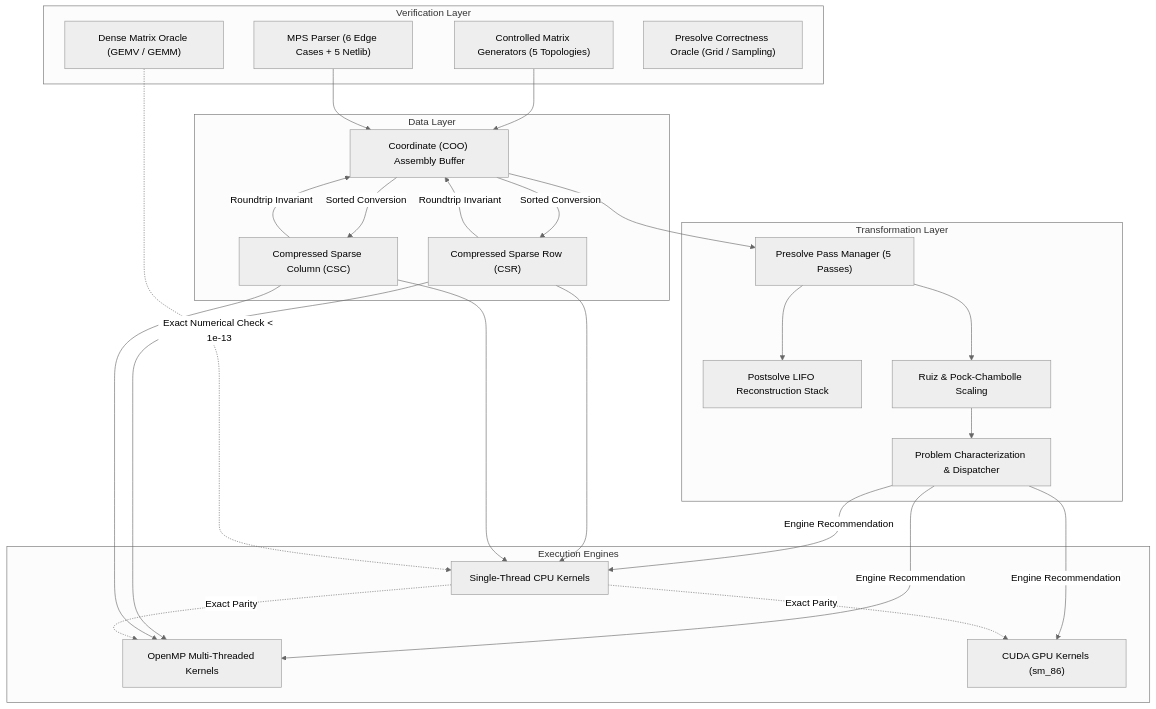
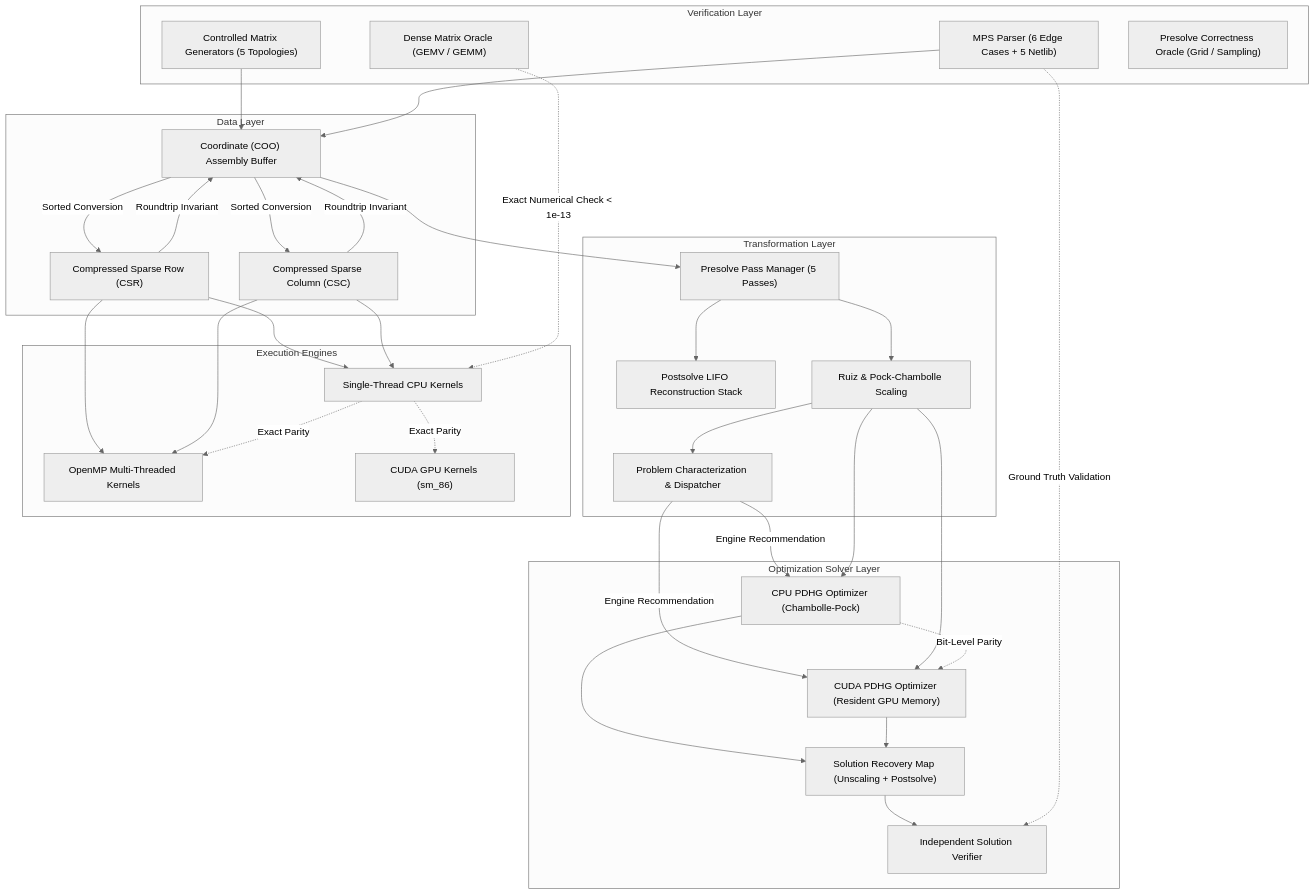
The diagram in docs/tests.md (Satyanshgaur/PIPEPYE), drawn with Mermaid (neutral theme) before and after one commit. The commit also changed other lines of this file and 24 other files, not shown here.

Commit message:
feat(phase3): implement PDHG LP solver with CPU/GPU backends, benchmark suite, and validation

````diff
--- a/docs/tests.md
+++ b/docs/tests.md
@@ -312,49 +342,62 @@
 ```mermaid
 flowchart TD
     subgraph Data Layer
         COO["Coordinate (COO) Assembly Buffer"]
         CSR["Compressed Sparse Row (CSR)"]
         CSC["Compressed Sparse Column (CSC)"]
         COO -->|Sorted Conversion| CSR
         COO -->|Sorted Conversion| CSC
         CSR -->|Roundtrip Invariant| COO
         CSC -->|Roundtrip Invariant| COO
     end
 
     subgraph Verification Layer
         Dense["Dense Matrix Oracle (GEMV / GEMM)"]
         Gen["Controlled Matrix Generators (5 Topologies)"]
         MPS["MPS Parser (6 Edge Cases + 5 Netlib)"]
         Oracle["Presolve Correctness Oracle (Grid / Sampling)"]
         Gen --> COO
         MPS --> COO
     end
 
     subgraph Transformation Layer
         Presolve["Presolve Pass Manager (5 Passes)"]
         Postsolve["Postsolve LIFO Reconstruction Stack"]
         Scaling["Ruiz & Pock-Chambolle Scaling"]
         Analyzer["Problem Characterization & Dispatcher"]
         COO --> Presolve
         Presolve --> Postsolve
         Presolve --> Scaling
         Scaling --> Analyzer
     end
 
     subgraph Execution Engines
         CPU_Single["Single-Thread CPU Kernels"]
         CPU_Multi["OpenMP Multi-Threaded Kernels"]
         CUDA["CUDA GPU Kernels (sm_86)"]
     end
 
-    Analyzer -->|Engine Recommendation| CPU_Single
-    Analyzer -->|Engine Recommendation| CPU_Multi
-    Analyzer -->|Engine Recommendation| CUDA
+    subgraph Optimization Solver Layer
+        CPUPDHG["CPU PDHG Optimizer (Chambolle-Pock)"]
+        CUDAPDHG["CUDA PDHG Optimizer (Resident GPU Memory)"]
+        Recovery["Solution Recovery Map (Unscaling + Postsolve)"]
+        Verifier["Independent Solution Verifier"]
+    end
+
+    Analyzer -->|Engine Recommendation| CPUPDHG
+    Analyzer -->|Engine Recommendation| CUDAPDHG
+    Scaling --> CPUPDHG
+    Scaling --> CUDAPDHG
+    CPUPDHG --> Recovery
+    CUDAPDHG --> Recovery
+    Recovery --> Verifier
+    MPS -.->|Ground Truth Validation| Verifier
     CSR --> CPU_Single
     CSR --> CPU_Multi
     CSC --> CPU_Single
     CSC --> CPU_Multi
     Dense -.->|Exact Numerical Check < 1e-13| CPU_Single
     CPU_Single -.->|Exact Parity| CPU_Multi
     CPU_Single -.->|Exact Parity| CUDA
+    CPUPDHG -.->|Bit-Level Parity| CUDAPDHG
 ```
````
